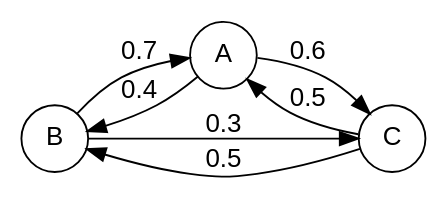
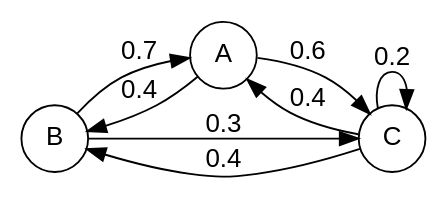
The diagram in src/docs/asciidoc/index.adoc (jezhiggins/a-very-small-language-model), drawn with Graphviz before and after one commit. The commit also changed other lines of this file and 4 other files, not shown here.

```diff
--- a/src/docs/asciidoc/index.adoc
+++ b/src/docs/asciidoc/index.adoc
@@ -64,16 +203,17 @@
-[graphviz]
+[graphviz, layout=sfdp]
 ----
 digraph finite_state_machine {
 	fontname="Helvetica,Arial,sans-serif"
 	node [fontname="Helvetica,Arial,sans-serif"]
 	edge [fontname="Helvetica,Arial,sans-serif"]
 	rankdir=LR;
 	node [shape = circle] B A C;
  	A -> C [label = "0.6"];
 	A -> B [label = "0.4"];
     B -> C [label = "0.3"];
     B -> A [label = "0.7"];
-    C -> B [label = "0.5"];
-    C -> A [label = "0.5"];
+    C -> B [label = "0.4"];
+    C -> A [label = "0.4"];
+    C -> C [label = "0.2"];
 }
 ----
```
